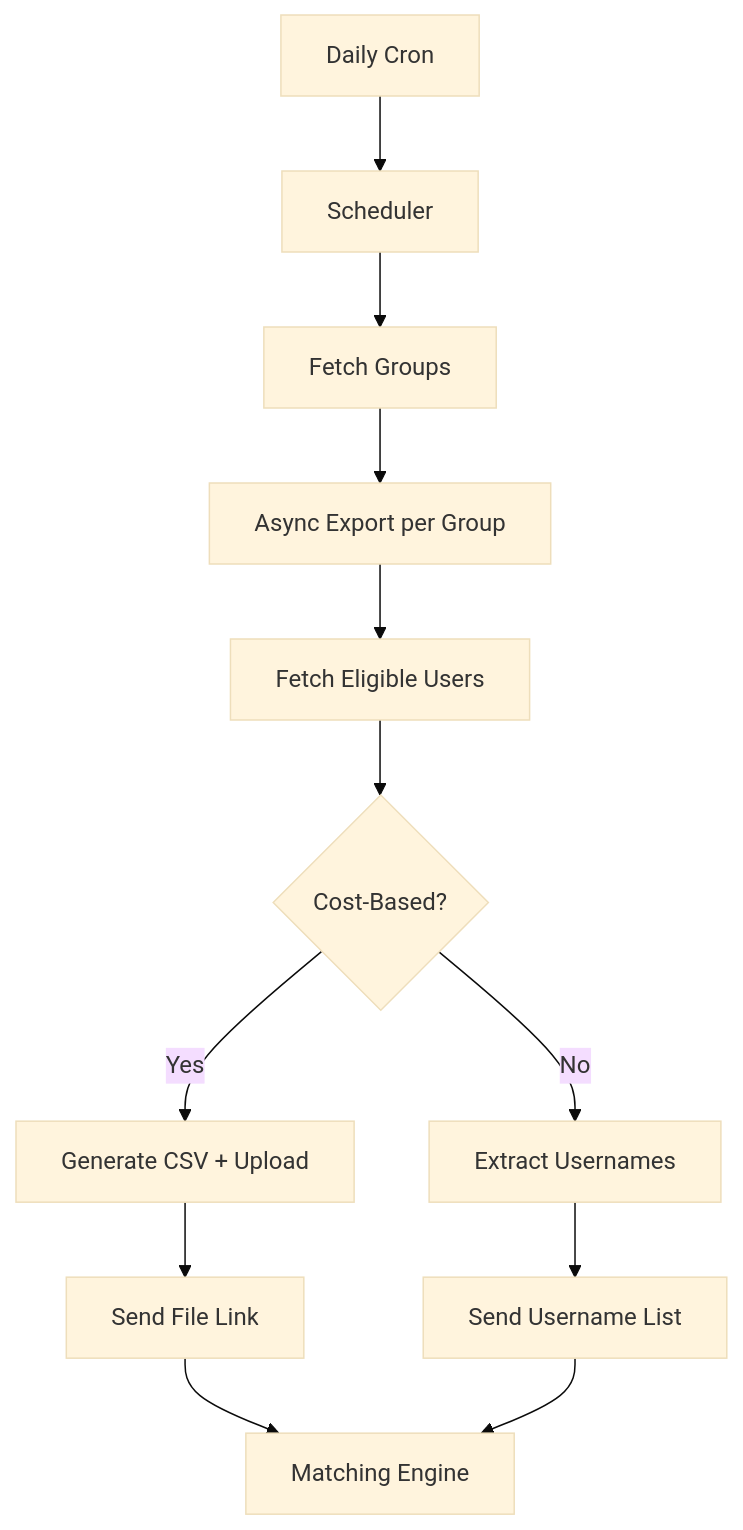
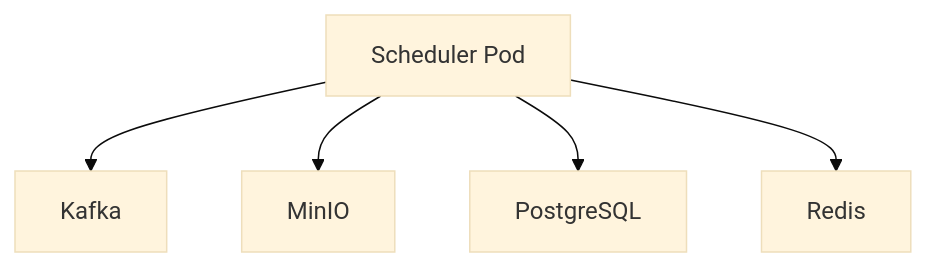
The fifth of 5 diagrams in docs/LLD/UsersExportLLD.md (kagit00/flairbit), drawn with Mermaid (base theme) before and after one commit. The commit also changed other lines of this file, not shown here.

````diff
--- a/docs/LLD/UsersExportLLD.md
+++ b/docs/LLD/UsersExportLLD.md
@@ -374,14 +427,7 @@
 ```mermaid
-flowchart TD
-    A[Daily Cron] --> B[Scheduler]
-    B --> C[Fetch Groups]
-    C --> D[Async Export per Group]
-    D --> E[Fetch Eligible Users]
-    E --> F{Cost-Based?}
-    F -->|Yes| G[Generate CSV + Upload]
-    F -->|No| H[Extract Usernames]
-    G --> I[Send File Link]
-    H --> J[Send Username List]
-    I --> K[Matching Engine]
-    J --> K
+graph TD
+    A[Scheduler Pod] --> B[Kafka]
+    A --> C[MinIO]
+    A --> D[PostgreSQL]
+    A --> E[Redis]
 ```
````
